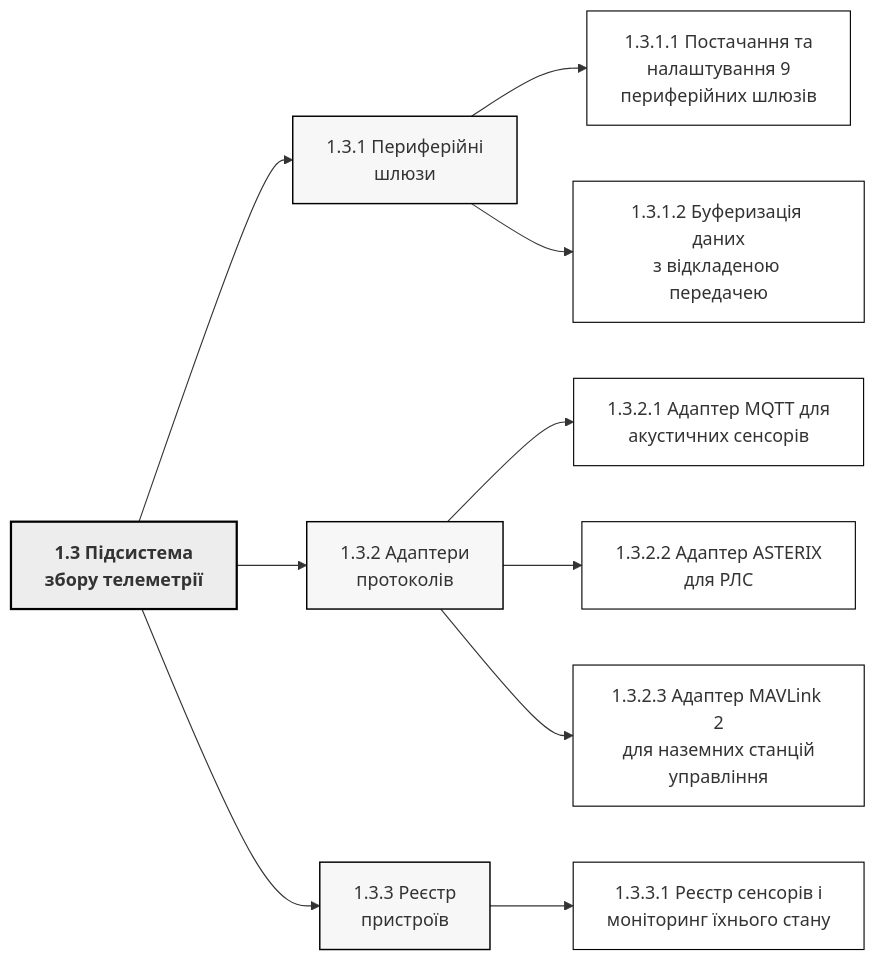
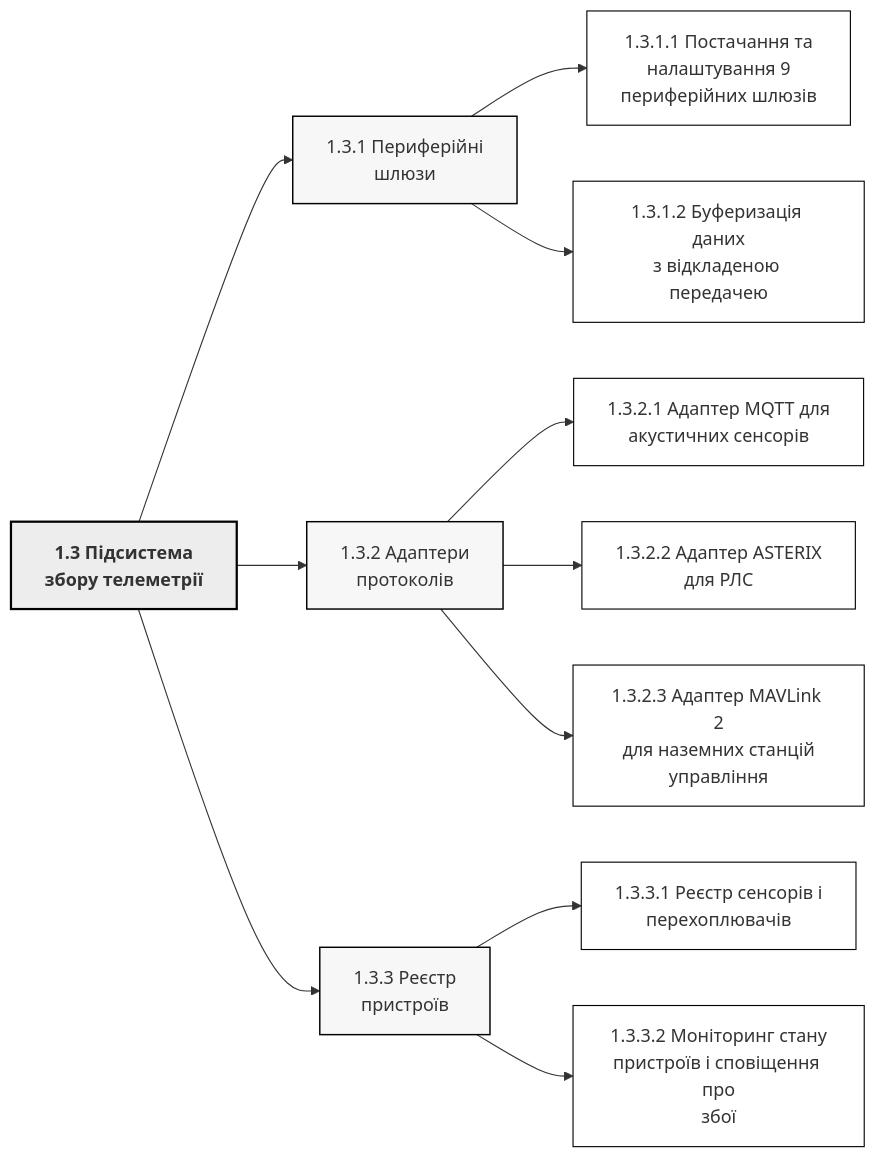
The diagram in lab1/diagrams/11_wbs_1_3.mmd (KravAvfv/-_2026), drawn with Mermaid before and after one commit. The commit also changed 82 other files, not shown here.

```diff
--- a/lab1/diagrams/11_wbs_1_3.mmd
+++ b/lab1/diagrams/11_wbs_1_3.mmd
@@ -1,26 +1,28 @@
 flowchart LR
   classDef l0 fill:#D9D9D9,stroke:#000,stroke-width:2.5px,font-weight:bold;
   classDef l1 fill:#EDEDED,stroke:#000,stroke-width:2px,font-weight:bold;
   classDef l2 fill:#F7F7F7,stroke:#000,stroke-width:1.3px;
   classDef l3 fill:#FFFFFF,stroke:#000,stroke-width:1px;
   classDef alt fill:#FFFFFF,stroke:#000,stroke-width:1px,stroke-dasharray:6 4;
 
   N1_3["1.3 Підсистема<br/>збору телеметрії"]:::l1
   N1_3_1["1.3.1 Периферійні<br/>шлюзи"]:::l2
   N1_3 --> N1_3_1
   N1_3_1_1["1.3.1.1 Постачання та<br/>налаштування 9<br/>периферійних шлюзів"]:::l3
   N1_3_1 --> N1_3_1_1
   N1_3_1_2["1.3.1.2 Буферизація даних<br/>з відкладеною передачею"]:::l3
   N1_3_1 --> N1_3_1_2
   N1_3_2["1.3.2 Адаптери<br/>протоколів"]:::l2
   N1_3 --> N1_3_2
   N1_3_2_1["1.3.2.1 Адаптер MQTT для<br/>акустичних сенсорів"]:::l3
   N1_3_2 --> N1_3_2_1
   N1_3_2_2["1.3.2.2 Адаптер ASTERIX<br/>для РЛС"]:::l3
   N1_3_2 --> N1_3_2_2
   N1_3_2_3["1.3.2.3 Адаптер MAVLink 2<br/>для наземних станцій<br/>управління"]:::l3
   N1_3_2 --> N1_3_2_3
   N1_3_3["1.3.3 Реєстр<br/>пристроїв"]:::l2
   N1_3 --> N1_3_3
-  N1_3_3_1["1.3.3.1 Реєстр сенсорів і<br/>моніторинг їхнього стану"]:::l3
+  N1_3_3_1["1.3.3.1 Реєстр сенсорів і<br/>перехоплювачів"]:::l3
   N1_3_3 --> N1_3_3_1
+  N1_3_3_2["1.3.3.2 Моніторинг стану<br/>пристроїв і сповіщення про<br/>збої"]:::l3
+  N1_3_3 --> N1_3_3_2
```
